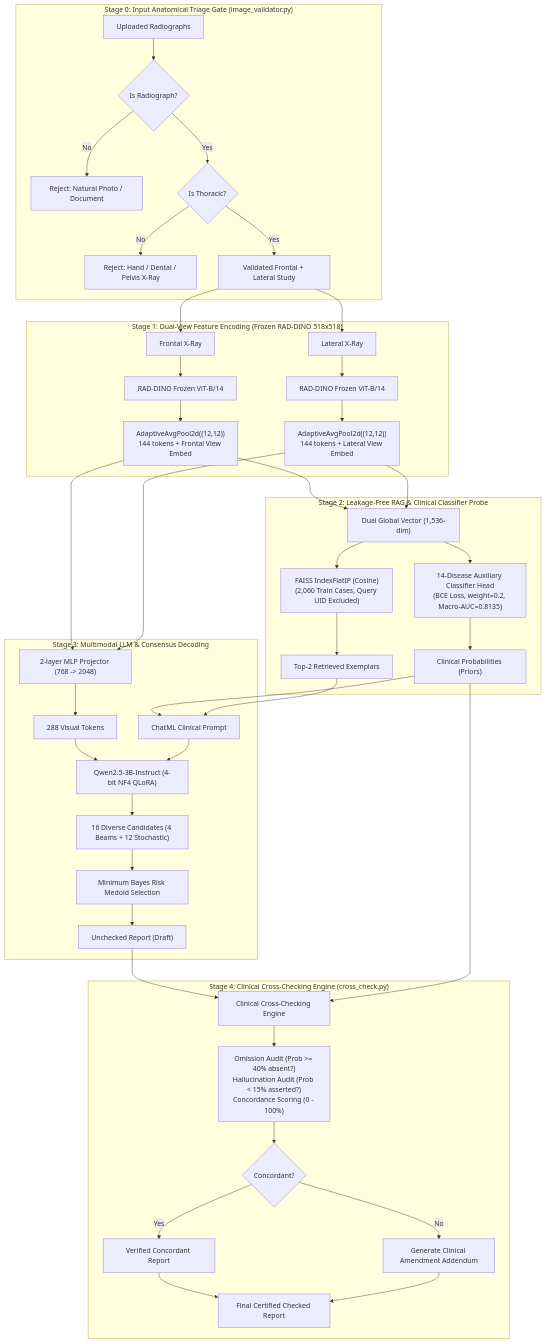
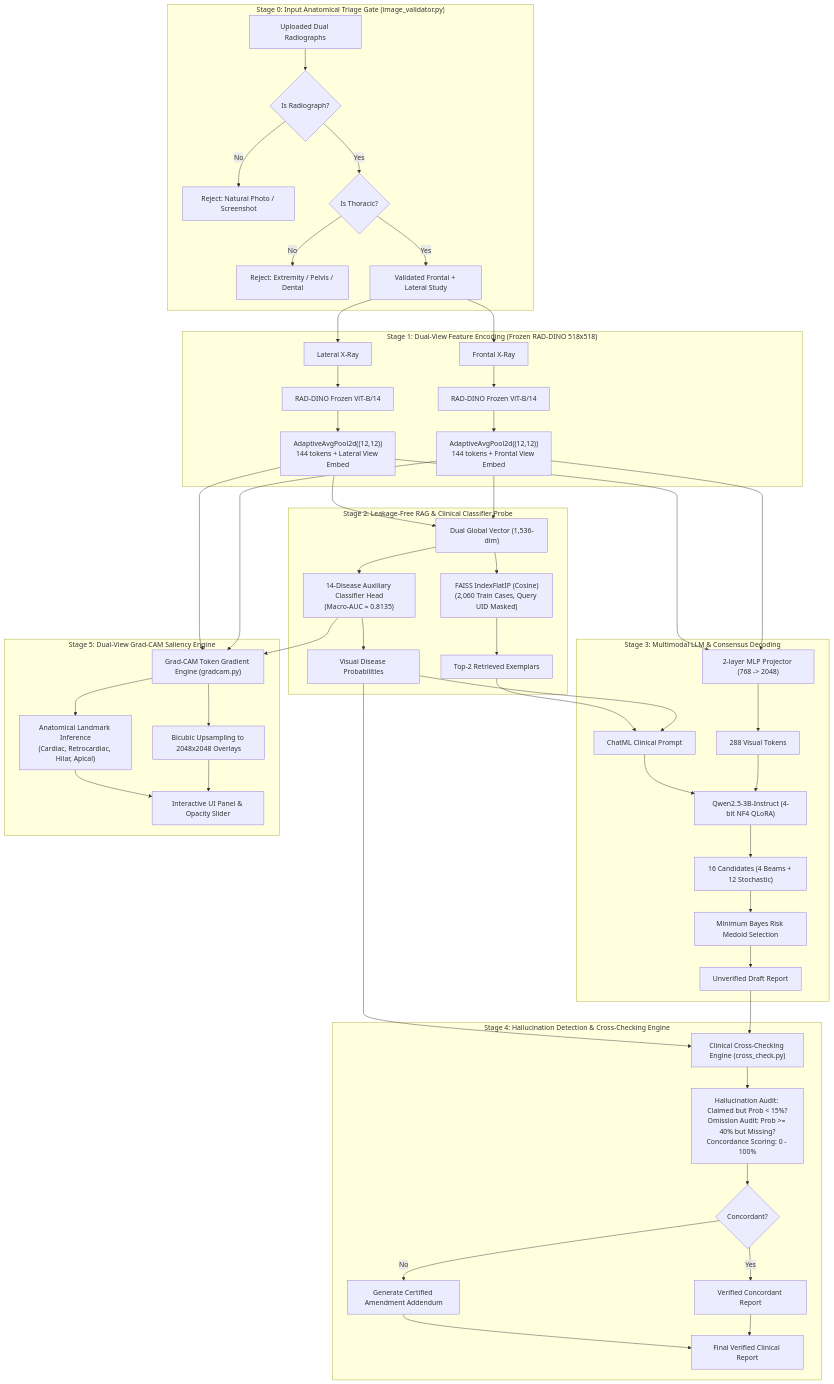
The diagram in README.md (kushwanth-masupalli/capstone-sota), drawn with Mermaid before and after one commit. The commit also changed other lines of this file, not shown here.

Commit message:
docs: bring README fully up to date with Grad-CAM, hallucination detection, and UI workflows

````diff
--- a/README.md
+++ b/README.md
@@ -72,45 +98,52 @@
 ```mermaid
 graph TD
     subgraph Triage ["Stage 0: Input Anatomical Triage Gate (image_validator.py)"]
-        INP[Uploaded Radiographs] --> V_XRAY{Is Radiograph?}
-        V_XRAY -- No --> REJ1[Reject: Natural Photo / Document]
+        INP[Uploaded Dual Radiographs] --> V_XRAY{Is Radiograph?}
+        V_XRAY -- No --> REJ1[Reject: Natural Photo / Screenshot]
         V_XRAY -- Yes --> V_CHEST{Is Thoracic?}
-        V_CHEST -- No --> REJ2[Reject: Hand / Dental / Pelvis X-Ray]
+        V_CHEST -- No --> REJ2[Reject: Extremity / Pelvis / Dental]
         V_CHEST -- Yes --> VALID[Validated Frontal + Lateral Study]
     end
 
     subgraph Vision ["Stage 1: Dual-View Feature Encoding (Frozen RAD-DINO 518x518)"]
         VALID --> F[Frontal X-Ray] & L[Lateral X-Ray]
         F --> VF[RAD-DINO Frozen ViT-B/14]
         L --> VL[RAD-DINO Frozen ViT-B/14]
         VF --> PF["AdaptiveAvgPool2d((12,12))\n144 tokens + Frontal View Embed"]
         VL --> PL["AdaptiveAvgPool2d((12,12))\n144 tokens + Lateral View Embed"]
     end
 
     subgraph RAG_and_Probe ["Stage 2: Leakage-Free RAG & Clinical Classifier Probe"]
         PF & PL --> DUAL_GLOB["Dual Global Vector (1,536-dim)"]
-        DUAL_GLOB --> FAISS["FAISS IndexFlatIP (Cosine)\n(2,060 Train Cases, Query UID Excluded)"]
+        DUAL_GLOB --> FAISS["FAISS IndexFlatIP (Cosine)\n(2,060 Train Cases, Query UID Masked)"]
         FAISS --> SIM["Top-2 Retrieved Exemplars"]
-        DUAL_GLOB --> PROBE["14-Disease Auxiliary Classifier Head\n(BCE Loss, weight=0.2, Macro-AUC=0.8135)"]
-        PROBE --> PRIORS["Clinical Probabilities (Priors)"]
+        DUAL_GLOB --> PROBE["14-Disease Auxiliary Classifier Head\n(Macro-AUC = 0.8135)"]
+        PROBE --> PRIORS["Visual Disease Probabilities"]
     end
 
     subgraph Generation ["Stage 3: Multimodal LLM & Consensus Decoding"]
         PF & PL --> PROJ["2-layer MLP Projector (768 -> 2048)"]
         PROJ --> FUSE["288 Visual Tokens"]
         PRIORS & SIM --> PROMPT["ChatML Clinical Prompt"]
         FUSE & PROMPT --> QWEN["Qwen2.5-3B-Instruct (4-bit NF4 QLoRA)"]
-        QWEN --> POOL["16 Diverse Candidates (4 Beams + 12 Stochastic)"]
+        QWEN --> POOL["16 Candidates (4 Beams + 12 Stochastic)"]
         POOL --> MBR["Minimum Bayes Risk Medoid Selection"]
-        MBR --> DRAFT["Unchecked Report (Draft)"]
+        MBR --> DRAFT["Unverified Draft Report"]
     end
 
-    subgraph Verification ["Stage 4: Clinical Cross-Checking Engine (cross_check.py)"]
-        DRAFT & PRIORS --> ENGINE["Clinical Cross-Checking Engine"]
-        ENGINE --> AUDIT["Omission Audit (Prob >= 40% absent?)\nHallucination Audit (Prob < 15% asserted?)\nConcordance Scoring (0 - 100%)"]
+    subgraph Verification ["Stage 4: Hallucination Detection & Cross-Checking Engine"]
+        DRAFT & PRIORS --> ENGINE["Clinical Cross-Checking Engine (cross_check.py)"]
+        ENGINE --> AUDIT["Hallucination Audit: Claimed but Prob < 15%?\nOmission Audit: Prob >= 40% but Missing?\nConcordance Scoring: 0 - 100%"]
         AUDIT --> STATUS{Concordant?}
         STATUS -- Yes --> PASS["Verified Concordant Report"]
-        STATUS -- No --> AMEND["Generate Clinical Amendment Addendum"]
-        PASS & AMEND --> FINAL["Final Certified Checked Report"]
+        STATUS -- No --> AMEND["Generate Certified Amendment Addendum"]
+        PASS & AMEND --> FINAL["Final Verified Clinical Report"]
+    end
+
+    subgraph Explainability ["Stage 5: Dual-View Grad-CAM Saliency Engine"]
+        PROBE & PF & PL --> GC_ENG["Grad-CAM Token Gradient Engine (gradcam.py)"]
+        GC_ENG --> BICUBIC["Bicubic Upsampling to 2048x2048 Overlays"]
+        GC_ENG --> ZONES["Anatomical Landmark Inference\n(Cardiac, Retrocardiac, Hilar, Apical)"]
+        BICUBIC & ZONES --> GC_UI["Interactive UI Panel & Opacity Slider"]
     end
 ```
````
